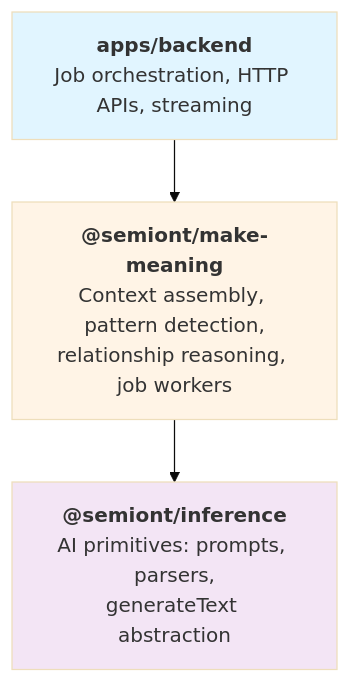
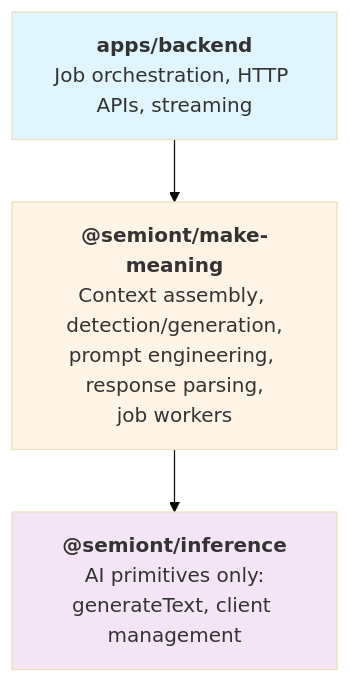
Before and after one commit to The-AI-Alliance/semiont: the diagram in packages/make-meaning/README.md, drawn with Mermaid (base theme). The commit also changed other lines of this file and 148 other files, not shown here.

First line of the commit message:
consolidate backend use of subsystems into make-meaning (#423)

````diff
--- a/packages/make-meaning/README.md
+++ b/packages/make-meaning/README.md
@@ -147,13 +228,13 @@
 ```mermaid
 graph TB
     Backend["<b>apps/backend</b><br/>Job orchestration, HTTP APIs, streaming"]
-    MakeMeaning["<b>@semiont/make-meaning</b><br/>Context assembly, pattern detection,<br/>relationship reasoning, job workers"]
-    Inference["<b>@semiont/inference</b><br/>AI primitives: prompts, parsers,<br/>generateText abstraction"]
+    MakeMeaning["<b>@semiont/make-meaning</b><br/>Context assembly, detection/generation,<br/>prompt engineering, response parsing,<br/>job workers"]
+    Inference["<b>@semiont/inference</b><br/>AI primitives only:<br/>generateText, client management"]
 
     Backend --> MakeMeaning
     MakeMeaning --> Inference
 
     style Backend fill:#e1f5ff
     style MakeMeaning fill:#fff4e6
     style Inference fill:#f3e5f5
 ```
````
